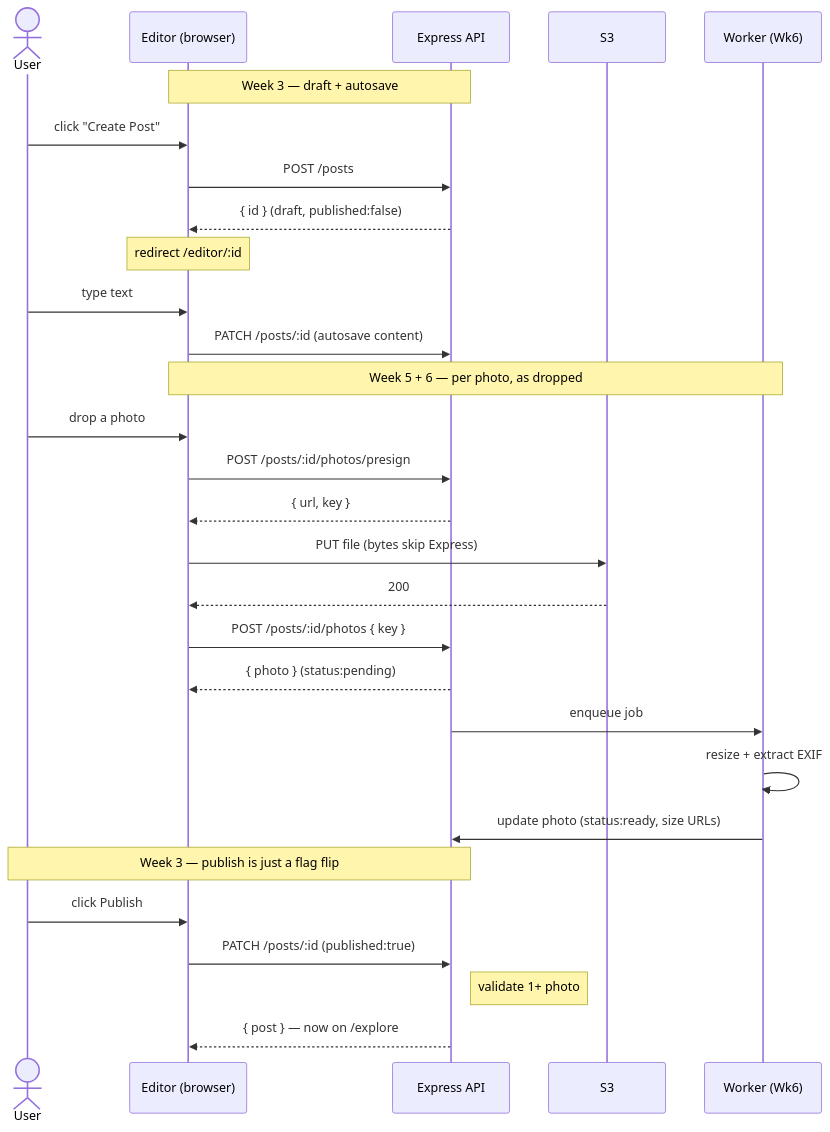
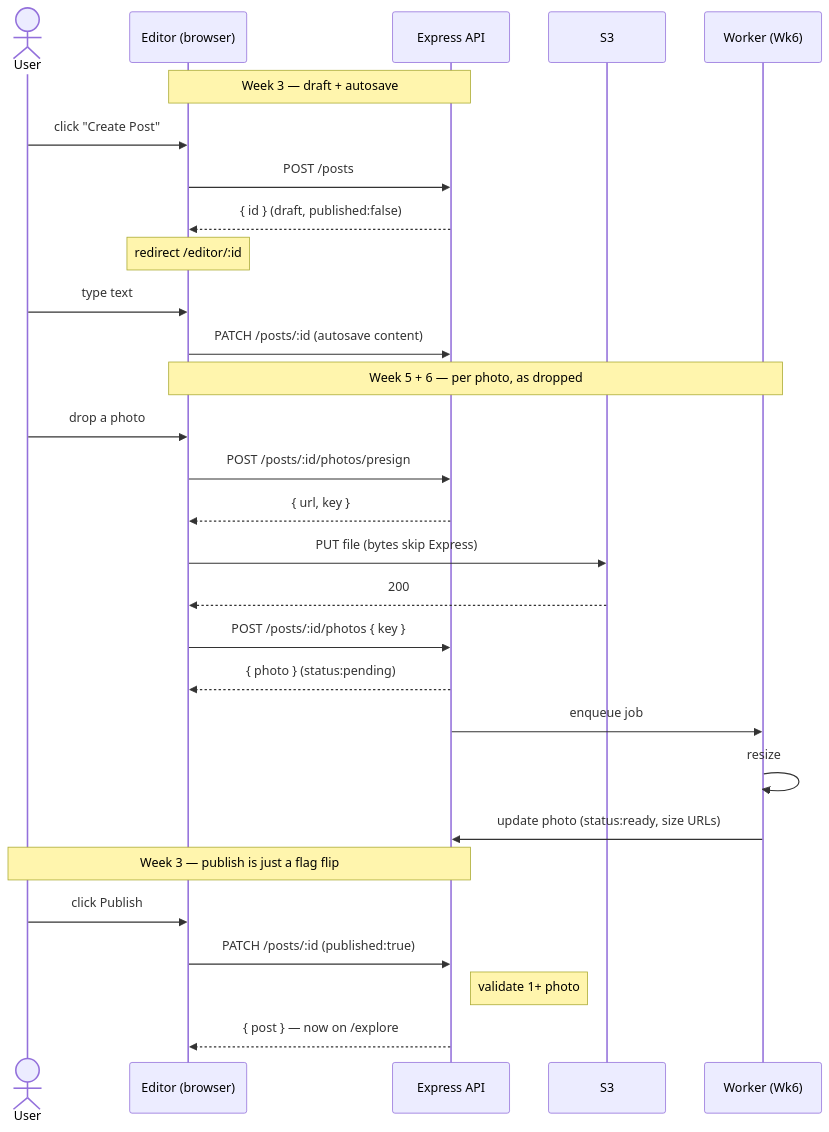
The first of 2 diagrams in docs/editor-dataflow.md (QuanDev2/pholio), drawn with Mermaid before and after one commit. The commit also changed other lines of this file and 3 other files, not shown here.

````diff
--- a/docs/editor-dataflow.md
+++ b/docs/editor-dataflow.md
@@ -12,34 +12,34 @@
 ```mermaid
 sequenceDiagram
     actor User
     participant Editor as Editor (browser)
     participant API as Express API
     participant S3
     participant Worker as Worker (Wk6)
 
     Note over Editor,API: Week 3 — draft + autosave
     User->>Editor: click "Create Post"
     Editor->>API: POST /posts
     API-->>Editor: { id }  (draft, published:false)
     Note over Editor: redirect /editor/:id
     User->>Editor: type text
     Editor->>API: PATCH /posts/:id (autosave content)
 
     Note over Editor,Worker: Week 5 + 6 — per photo, as dropped
     User->>Editor: drop a photo
     Editor->>API: POST /posts/:id/photos/presign
     API-->>Editor: { url, key }
     Editor->>S3: PUT file (bytes skip Express)
     S3-->>Editor: 200
     Editor->>API: POST /posts/:id/photos { key }
     API-->>Editor: { photo } (status:pending)
     API->>Worker: enqueue job
-    Worker->>Worker: resize + extract EXIF
+    Worker->>Worker: resize
     Worker->>API: update photo (status:ready, size URLs)
 
     Note over User,API: Week 3 — publish is just a flag flip
     User->>Editor: click Publish
     Editor->>API: PATCH /posts/:id (published:true)
     Note right of API: validate 1+ photo
     API-->>Editor: { post } — now on /explore
 ```
````
